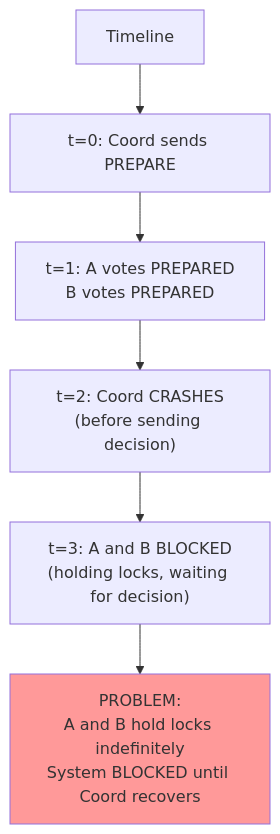
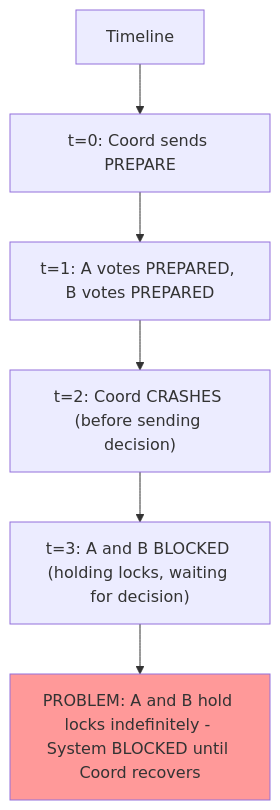
The fifth of 10 diagrams in Coordination/05_Two_Phase_Commit.md (Anmol33/SystemDesign), drawn with Mermaid before and after one commit. The commit also changed other lines of this file and 6 other files, not shown here.

First line of the commit message:
docs: fix Mermaid diagram syntax in coordination documents

````diff
--- a/Coordination/05_Two_Phase_Commit.md
+++ b/Coordination/05_Two_Phase_Commit.md
@@ -317,15 +317,15 @@
 ```mermaid
 graph TD
     Timeline["Timeline"]
     
     T0["t=0: Coord sends PREPARE"]
-    T1["t=1: A votes PREPARED<br/>B votes PREPARED"]
-    T2["t=2: Coord CRASHES<br/>(before sending decision)"]
-    T3["t=3: A and B BLOCKED<br/>(holding locks, waiting for decision)"]
+    T1["t=1: A votes PREPARED, B votes PREPARED"]
+    T2["t=2: Coord CRASHES (before sending decision)"]
+    T3["t=3: A and B BLOCKED (holding locks, waiting for decision)"]
     
     Timeline --> T0 --> T1 --> T2 --> T3
     
-    T3 --> Problem["PROBLEM:<br/>A and B hold locks indefinitely<br/>System BLOCKED until Coord recovers"]
+    T3 --> Problem["PROBLEM: A and B hold locks indefinitely - System BLOCKED until Coord recovers"]
     
     style Problem fill:#ff9999
 ```
````
